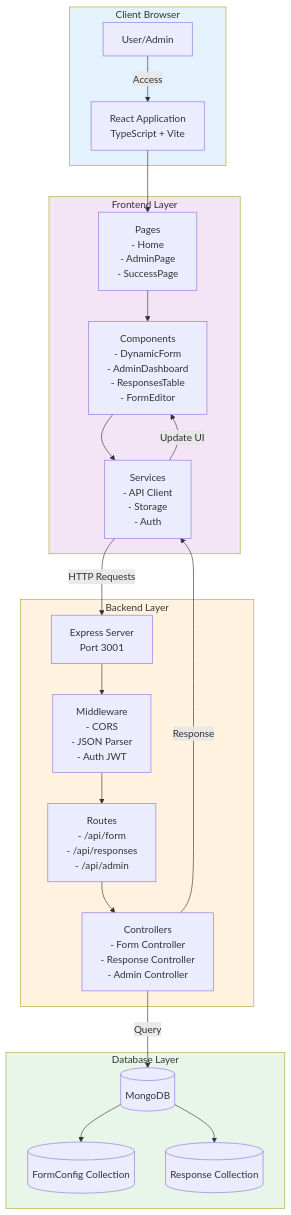
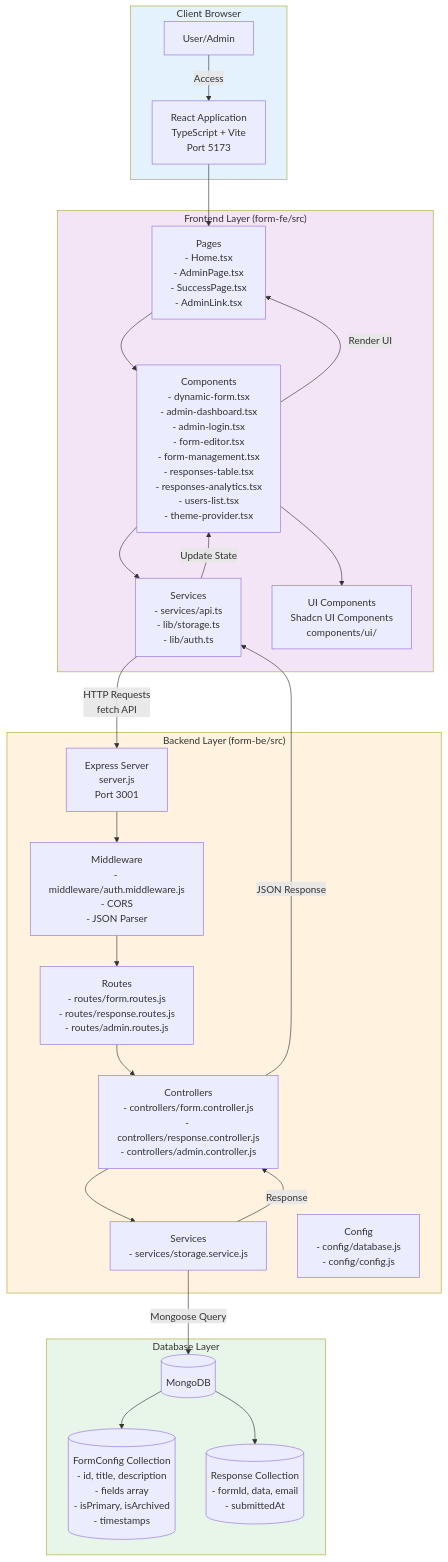
Before and after one commit to MarioSitepu/form-survei-wisuda: the second of 9 diagrams in FLOWCHART.md, drawn with Mermaid. The commit also changed other lines of this file and 4 other files, not shown here.

Commit message:
feat : adding web flow development

````diff
--- a/FLOWCHART.md
+++ b/FLOWCHART.md
@@ -73,45 +92,52 @@
 ```mermaid
 flowchart TB
     subgraph Client["Client Browser"]
         User[User/Admin]
-        ReactApp[React Application<br/>TypeScript + Vite]
+        ReactApp[React Application<br/>TypeScript + Vite<br/>Port 5173]
     end
     
-    subgraph Frontend["Frontend Layer"]
-        Pages[Pages<br/>- Home<br/>- AdminPage<br/>- SuccessPage]
-        Components[Components<br/>- DynamicForm<br/>- AdminDashboard<br/>- ResponsesTable<br/>- FormEditor]
-        Services[Services<br/>- API Client<br/>- Storage<br/>- Auth]
+    subgraph Frontend["Frontend Layer (form-fe/src)"]
+        Pages[Pages<br/>- Home.tsx<br/>- AdminPage.tsx<br/>- SuccessPage.tsx<br/>- AdminLink.tsx]
+        Components[Components<br/>- dynamic-form.tsx<br/>- admin-dashboard.tsx<br/>- admin-login.tsx<br/>- form-editor.tsx<br/>- form-management.tsx<br/>- responses-table.tsx<br/>- responses-analytics.tsx<br/>- users-list.tsx<br/>- theme-provider.tsx]
+        Services[Services<br/>- services/api.ts<br/>- lib/storage.ts<br/>- lib/auth.ts]
+        UI[UI Components<br/>Shadcn UI Components<br/>components/ui/]
     end
     
-    subgraph Backend["Backend Layer"]
-        ExpressServer[Express Server<br/>Port 3001]
-        Routes[Routes<br/>- /api/form<br/>- /api/responses<br/>- /api/admin]
-        Controllers[Controllers<br/>- Form Controller<br/>- Response Controller<br/>- Admin Controller]
-        Middleware[Middleware<br/>- CORS<br/>- JSON Parser<br/>- Auth JWT]
+    subgraph Backend["Backend Layer (form-be/src)"]
+        ExpressServer[Express Server<br/>server.js<br/>Port 3001]
+        Routes[Routes<br/>- routes/form.routes.js<br/>- routes/response.routes.js<br/>- routes/admin.routes.js]
+        Controllers[Controllers<br/>- controllers/form.controller.js<br/>- controllers/response.controller.js<br/>- controllers/admin.controller.js]
+        ServicesBE[Services<br/>- services/storage.service.js]
+        Middleware[Middleware<br/>- middleware/auth.middleware.js<br/>- CORS<br/>- JSON Parser]
+        Config[Config<br/>- config/database.js<br/>- config/config.js]
     end
     
     subgraph Database["Database Layer"]
         MongoDB[(MongoDB)]
-        FormConfigCollection[(FormConfig Collection)]
-        ResponseCollection[(Response Collection)]
+        FormConfigCollection[(FormConfig Collection<br/>- id, title, description<br/>- fields array<br/>- isPrimary, isArchived<br/>- timestamps)]
+        ResponseCollection[(Response Collection<br/>- formId, data, email<br/>- submittedAt)]
     end
     
     User -->|Access| ReactApp
     ReactApp --> Pages
     Pages --> Components
+    Components --> UI
     Components --> Services
-    Services -->|HTTP Requests| ExpressServer
+    Services -->|HTTP Requests<br/>fetch API| ExpressServer
     ExpressServer --> Middleware
     Middleware --> Routes
     Routes --> Controllers
-    Controllers -->|Query| MongoDB
+    Controllers --> ServicesBE
+    ServicesBE -->|Mongoose Query| MongoDB
     MongoDB --> FormConfigCollection
     MongoDB --> ResponseCollection
-    Controllers -->|Response| Services
-    Services -->|Update UI| Components
+    ServicesBE -->|Response| Controllers
+    Controllers -->|JSON Response| Services
+    Services -->|Update State| Components
+    Components -->|Render UI| Pages
     
     style Client fill:#e3f2fd
     style Frontend fill:#f3e5f5
     style Backend fill:#fff3e0
     style Database fill:#e8f5e9
 ```
````
